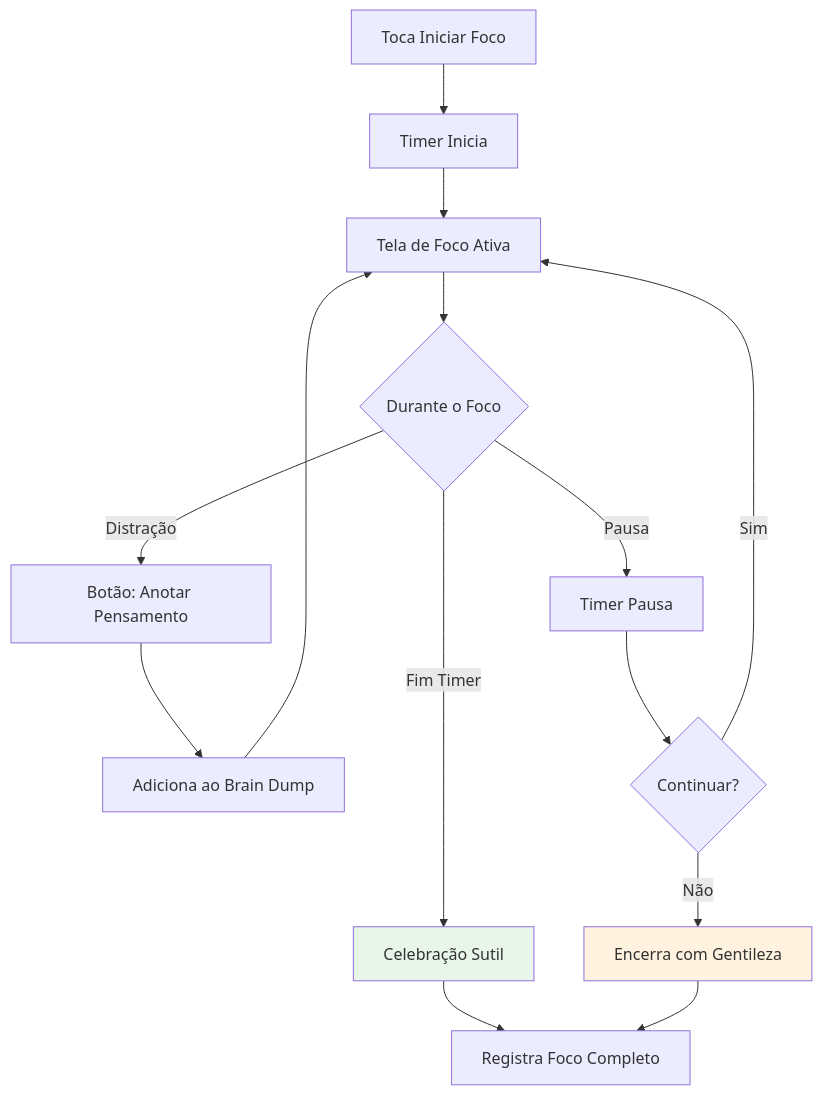
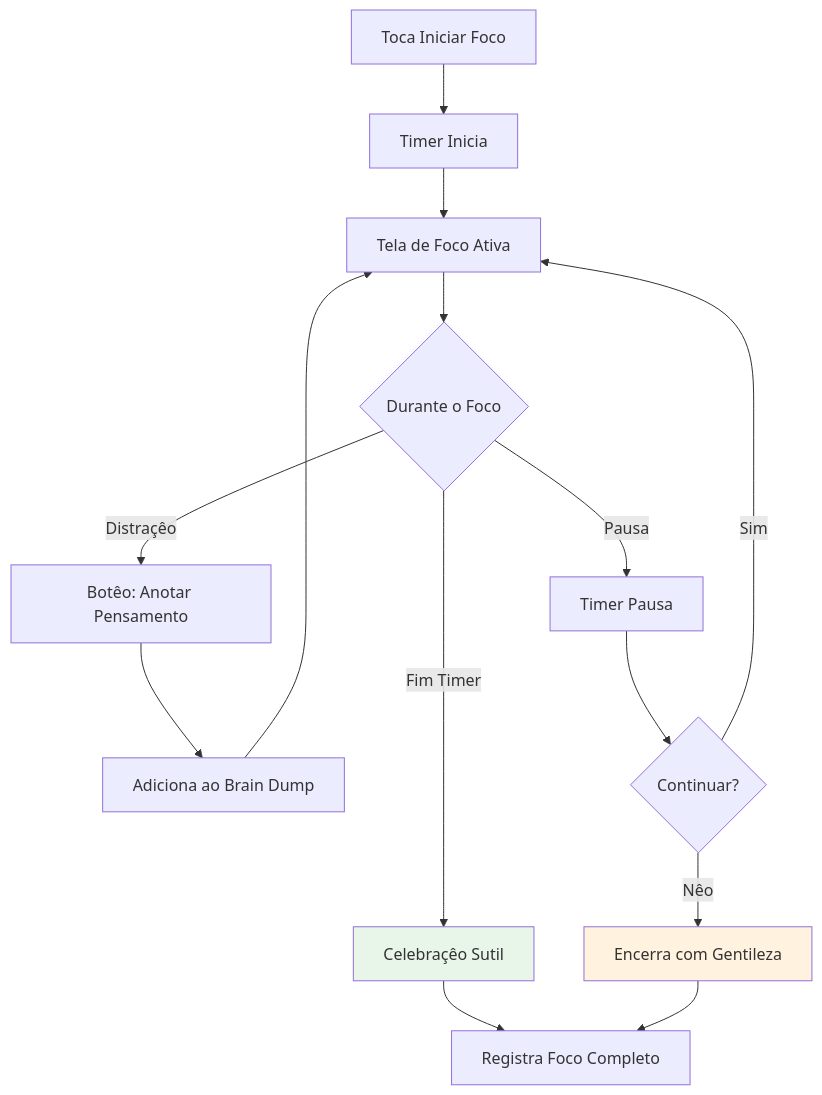
The fifth of 5 diagrams in docs/front-end-spec.md (linnoff88-dev/arckhe-NCIAFlux), drawn with Mermaid before and after one commit. The commit also changed other lines of this file and 100 other files, not shown here.

````diff
--- a/docs/front-end-spec.md
+++ b/docs/front-end-spec.md
@@ -275,19 +275,19 @@
 ```mermaid
 graph TD
     A[Toca Iniciar Foco] --> B[Timer Inicia]
     B --> C[Tela de Foco Ativa]
     C --> D{Durante o Foco}
-    D -->|Distração| E[Botão: Anotar Pensamento]
+    D -->|Distraçêo| E[Botêo: Anotar Pensamento]
     E --> F[Adiciona ao Brain Dump]
     F --> C
-    D -->|Fim Timer| G[Celebração Sutil]
+    D -->|Fim Timer| G[Celebraçêo Sutil]
     D -->|Pausa| H[Timer Pausa]
     H --> I{Continuar?}
     I -->|Sim| C
-    I -->|Não| J[Encerra com Gentileza]
+    I -->|Nêo| J[Encerra com Gentileza]
     G --> K[Registra Foco Completo]
     J --> K
 
     style G fill:#e8f5e9
     style J fill:#fff3e0
 ```
````
